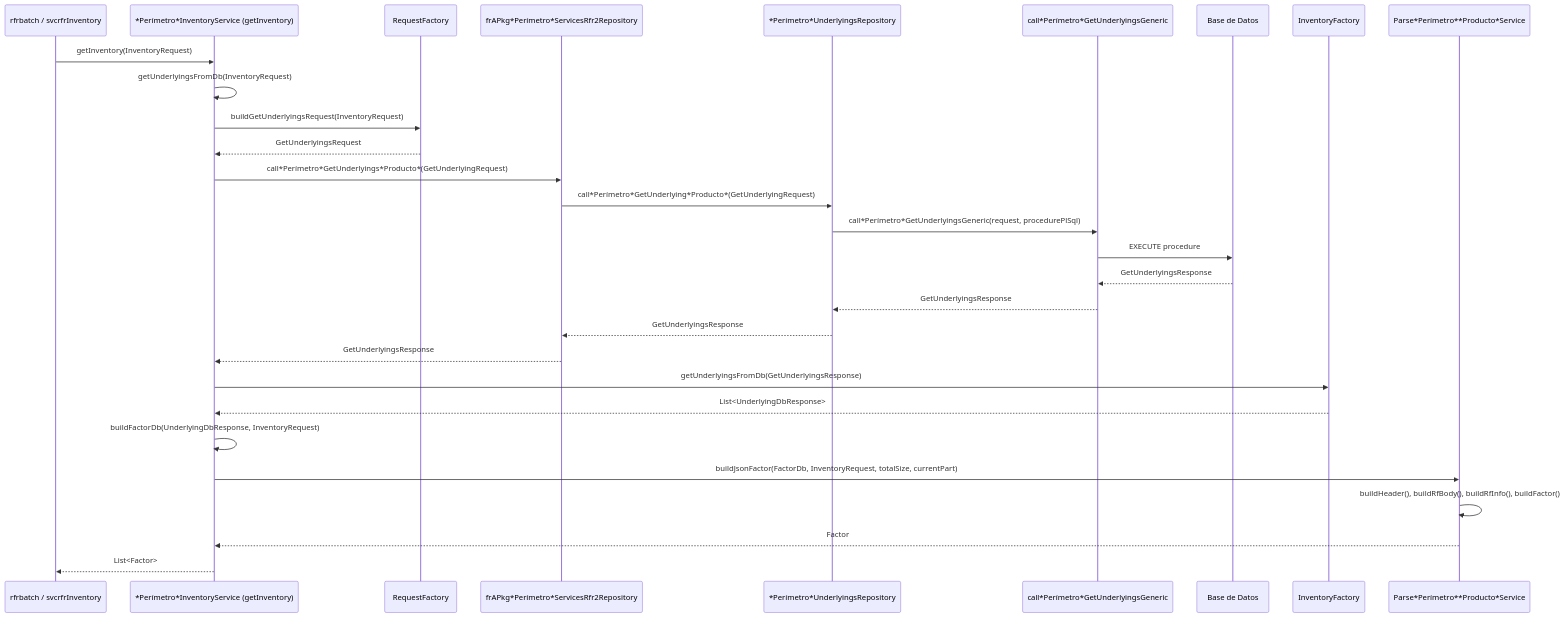
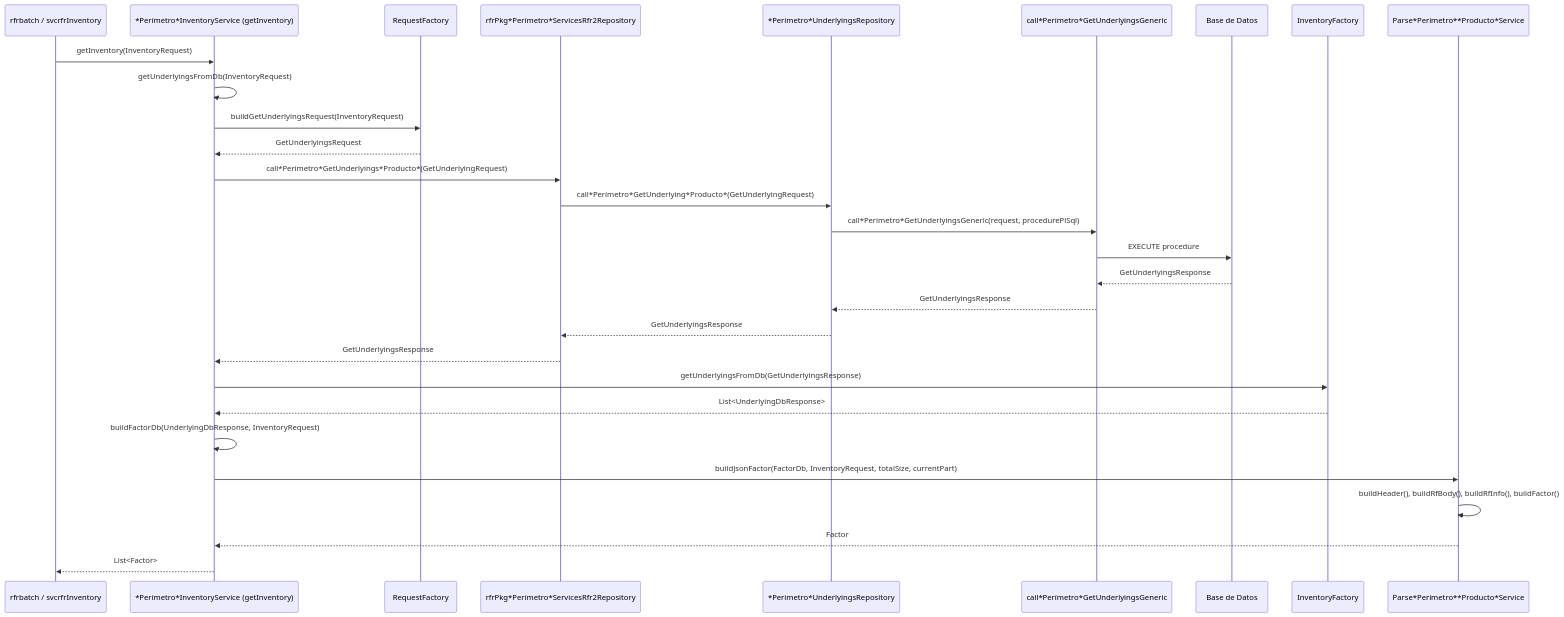
One commit to EdiGamez/test changed the diagram in readme_rfr_inventory_lib.md. Above: the diagram before and after it, drawn with Mermaid.

````diff
--- a/readme_rfr_inventory_lib.md
+++ b/readme_rfr_inventory_lib.md
@@ -18,32 +18,32 @@
 ```mermaid
 sequenceDiagram
     participant Cliente as rfrbatch / svcrfrInventory
     participant Servicio as *Perímetro*InventoryService (getInventory)
     participant Factory as RequestFactory
-    participant RepoMain as frAPkg*Perímetro*ServicesRfr2Repository
+    participant RepoMain as rfrPkg*Perímetro*ServicesRfr2Repository
     participant RepoSub as *Perímetro*UnderlyingsRepository
     participant Proc as call*Perímetro*GetUnderlyingsGeneric
     participant DB as Base de Datos
     participant FactoryResp as InventoryFactory
     participant Builder as Parse*Perímetro**Producto*Service
 
     Cliente->>Servicio: getInventory(InventoryRequest)
     Servicio->>Servicio: getUnderlyingsFromDb(InventoryRequest)
     Servicio->>Factory: buildGetUnderlyingsRequest(InventoryRequest)
     Factory-->>Servicio: GetUnderlyingsRequest
     Servicio->>RepoMain: call*Perímetro*GetUnderlyings*Producto*(GetUnderlyingRequest)
     RepoMain->>RepoSub: call*Perímetro*GetUnderlying*Producto*(GetUnderlyingRequest)
     RepoSub->>Proc: call*Perímetro*GetUnderlyingsGeneric(request, procedurePlSql)
     Proc->>DB: EXECUTE procedure
     DB-->>Proc: GetUnderlyingsResponse
     Proc-->>RepoSub: GetUnderlyingsResponse
     RepoSub-->>RepoMain: GetUnderlyingsResponse
     RepoMain-->>Servicio: GetUnderlyingsResponse
     Servicio->>FactoryResp: getUnderlyingsFromDb(GetUnderlyingsResponse)
     FactoryResp-->>Servicio: List<UnderlyingDbResponse>
     Servicio->>Servicio: buildFactorDb(UnderlyingDbResponse, InventoryRequest)
     Servicio->>Builder: buildJsonFactor(FactorDb, InventoryRequest, totalSize, currentPart)
     Builder->>Builder: buildHeader(), buildRfBody(), buildRfInfo(), buildFactor()
     Builder-->>Servicio: Factor
     Servicio-->>Cliente: List<Factor>
 ```
````
